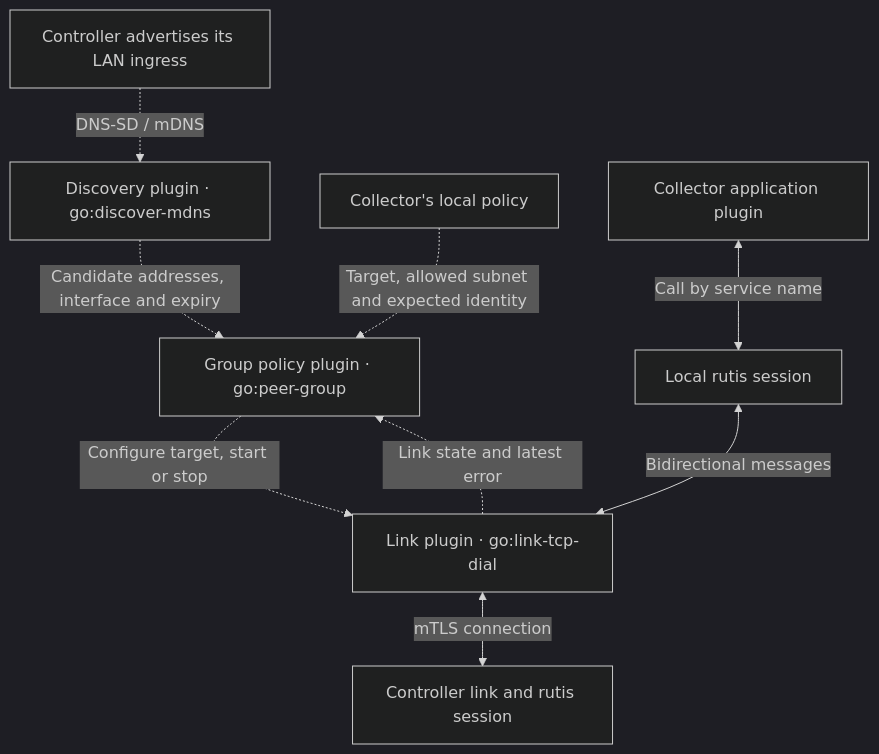
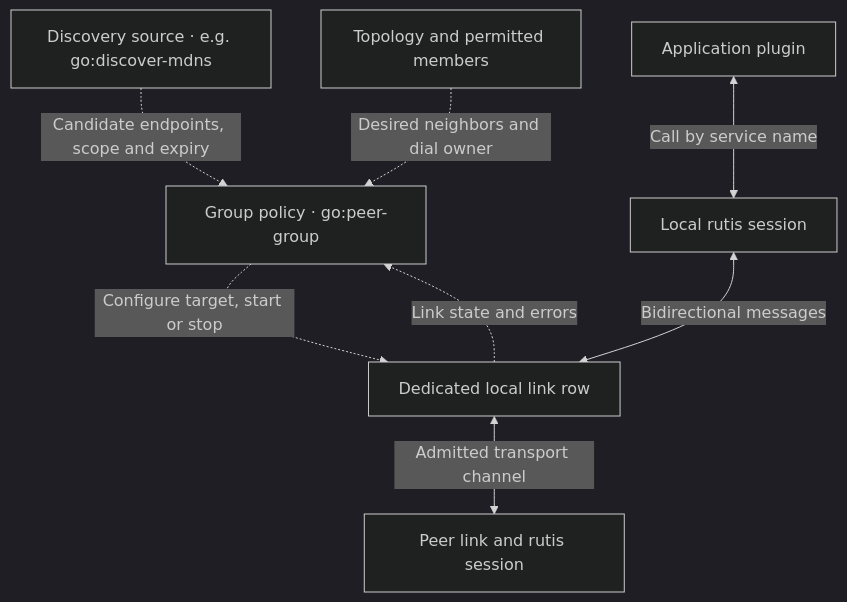
The second of 2 diagrams in docs/research/network-groups.en.md (arcships/rutis-network), drawn with Mermaid (dark theme) before and after one commit. The commit also changed other lines of this file and 1 other file, not shown here.

Commit message:
docs(research): explain discovery and link selection by topology

````diff
--- a/docs/research/network-groups.en.md
+++ b/docs/research/network-groups.en.md
@@ -88,11 +119,10 @@
 ```mermaid
 flowchart TB
-    advert["Controller advertises its LAN ingress"] -. DNS-SD / mDNS .-> discovery["Discovery plugin · go:discover-mdns"]
-    discovery -. Candidate addresses, interface and expiry .-> group["Group policy plugin · go:peer-group"]
-    policy["Collector's local policy"] -. Target, allowed subnet and expected identity .-> group
-    group -. Configure target, start or stop .-> link["Link plugin · go:link-tcp-dial"]
-    link -. Link state and latest error .-> group
-    app["Collector application plugin"] <-->|Call by service name| session["Local rutis session"]
-    session <-->|Bidirectional messages| link
-    link <-->|mTLS connection| peer["Controller link and rutis session"]
+    discovery["Discovery source · e.g. go:discover-mdns"] -. Candidate endpoints, scope and expiry .-> group["Group policy · go:peer-group"]
+    topology["Topology and permitted members"] -. Desired neighbors and dial owner .-> group
+    group -. Configure target, start or stop .-> link["Dedicated local link row"]
+    link -. Link state and errors .-> group
+    app["Application plugin"] <-->|Call by service name| session
+    session["Local rutis session"] <-->|Bidirectional messages| link
+    link <-->|Admitted transport channel| peer["Peer link and rutis session"]
 ```
````
